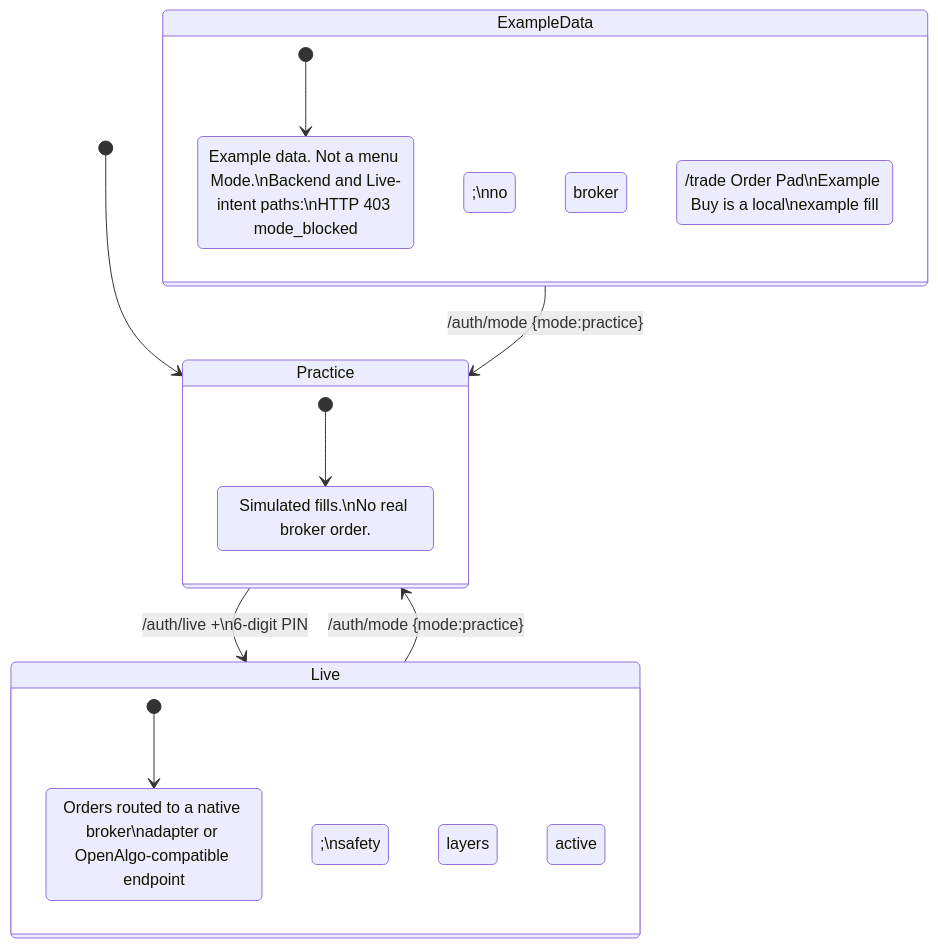
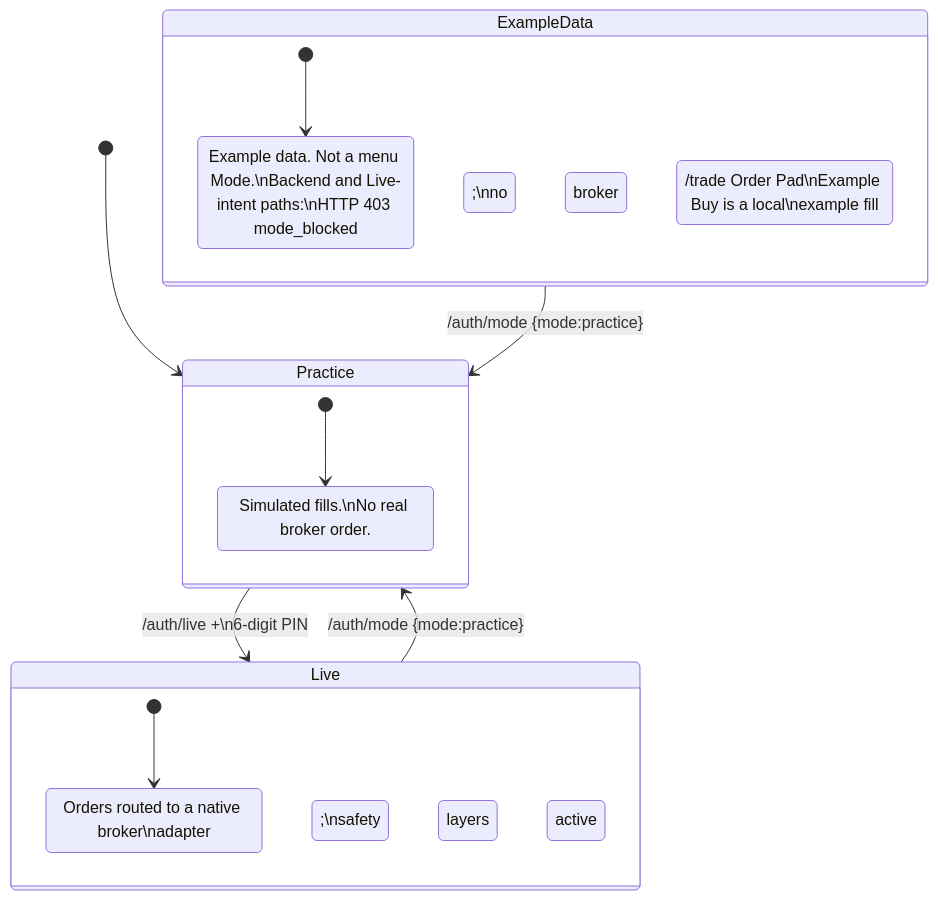
The third of 3 diagrams in docs/ARCHITECTURE.md (navaneeshnagarajan/FlintTrade), drawn with Mermaid before and after one commit. The commit also changed other lines of this file and 1036 other files, not shown here.

First line of the commit message:
refactor(repo)!: retire OpenAlgo and legacy automation (#340)

````diff
--- a/docs/ARCHITECTURE.md
+++ b/docs/ARCHITECTURE.md
@@ -491,20 +378,20 @@
 ```mermaid
 stateDiagram-v2
     [*] --> Practice
     Practice --> Live: /auth/live +\n6-digit PIN
     Live --> Practice: /auth/mode {mode:practice}
     ExampleData --> Practice: /auth/mode {mode:practice}
 
     state ExampleData {
         [*] --> noLiveOrders
         noLiveOrders: Example data. Not a menu Mode.\nBackend and Live-intent paths:\nHTTP 403 mode_blocked;\nno broker call.\nException: /trade Order Pad\nExample Buy is a local\nexample fill
     }
     state Practice {
         [*] --> practiceFills
         practiceFills: Simulated fills.\nNo real broker order.
     }
     state Live {
         [*] --> realOrders
-        realOrders: Orders routed to a native broker\nadapter or OpenAlgo-compatible endpoint;\nsafety layers active
+        realOrders: Orders routed to a native broker\nadapter;\nsafety layers active
     }
 ```
````
